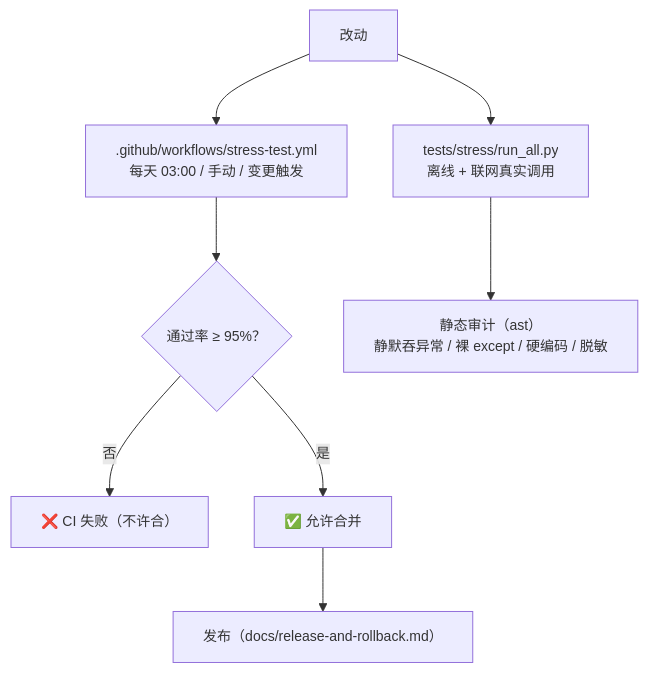
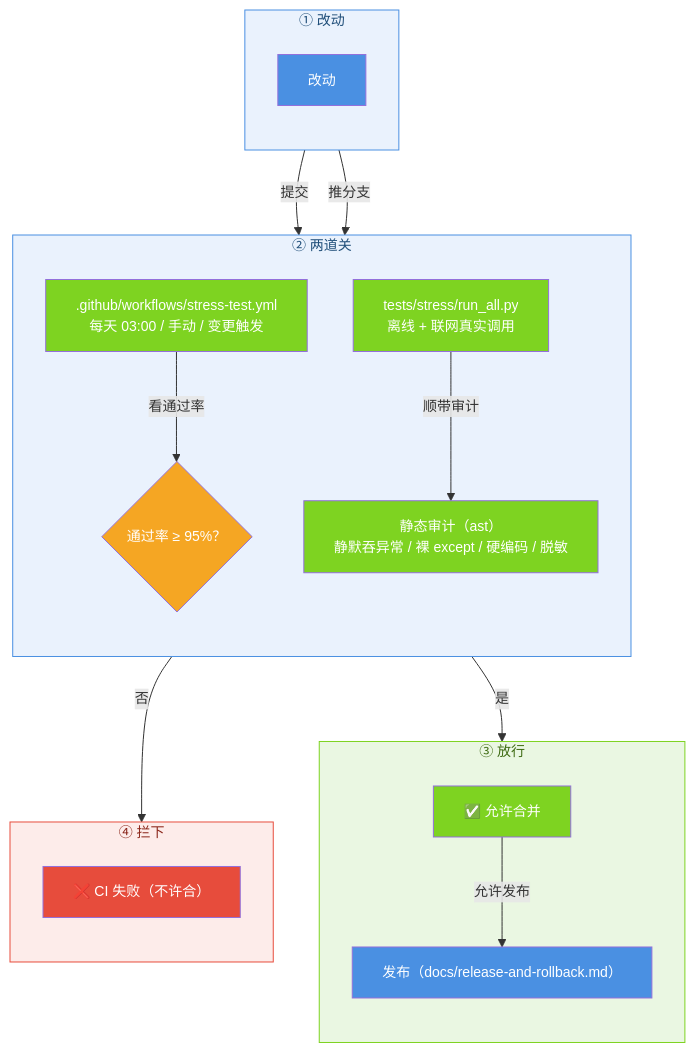
Before and after one commit to jiangchuangege/xiaojiao-harnees: the fifth of 5 diagrams in ARCHITECTURE.md, drawn with Mermaid. The commit also changed other lines of this file and 30 other files, not shown here.

First line of the commit message:
﻿全仓 Mermaid 图统一 + 对比表与 License 修正

````diff
--- a/ARCHITECTURE.md
+++ b/ARCHITECTURE.md
@@ -226,11 +325,47 @@
 ```mermaid
-%%{init: {"themeVariables": {"fontSize": "14px"}, "flowchart": {"htmlLabels": true, "wrappingWidth": 320, "nodeSpacing": 46, "rankSpacing": 64, "useMaxWidth": true}}}%%
 flowchart TB
-    DEV["改动"] --> TESTS["tests/stress/run_all.py<br/>离线 + 联网真实调用"]
-    DEV --> CI[".github/workflows/stress-test.yml<br/>每天 03:00 / 手动 / 变更触发"]
-    CI --> GATE{"通过率 ≥ 95%？"}
-    GATE -->|否| FAIL["❌ CI 失败（不许合）"]
-    GATE -->|是| OK["✅ 允许合并"]
-    TESTS --> AUDIT["静态审计（ast）<br/>静默吞异常 / 裸 except / 硬编码 / 脱敏"]
-    OK --> REL["发布（docs/release-and-rollback.md）"]
+%%{init: {"themeVariables": {"fontSize": "14px"}, "flowchart": {"htmlLabels": true, "wrappingWidth": 340, "nodeSpacing": 46, "rankSpacing": 64, "useMaxWidth": true}}}%%
+    subgraph CHG["① 改动"]
+        direction TB
+        DEV["改动"]
+    end
+
+    subgraph GATES["② 两道关"]
+        direction TB
+        TESTS["tests/stress/run_all.py<br/>离线 + 联网真实调用"]
+        CI[".github/workflows/stress-test.yml<br/>每天 03:00 / 手动 / 变更触发"]
+        AUDIT["静态审计（ast）<br/>静默吞异常 / 裸 except / 硬编码 / 脱敏"]
+        GATE{"通过率 ≥ 95%？"}
+    end
+
+    subgraph PASSG["③ 放行"]
+        direction TB
+        OK["✅ 允许合并"]
+        REL["发布（docs/release-and-rollback.md）"]
+    end
+
+    subgraph STOPG["④ 拦下"]
+        direction TB
+        FAIL["❌ CI 失败（不许合）"]
+    end
+
+    DEV -->|"提交"| TESTS
+    DEV -->|"推分支"| CI
+    CI -->|"看通过率"| GATE
+    GATE -->|"否"| FAIL
+    GATE -->|"是"| OK
+    TESTS -->|"顺带审计"| AUDIT
+    OK -->|"允许发布"| REL
+    style CHG fill:#EAF2FD,stroke:#4A90E2,color:#1F4E79
+    style GATES fill:#EAF2FD,stroke:#4A90E2,color:#1F4E79
+    style PASSG fill:#EAF7E2,stroke:#7ED321,color:#3E6B12
+    style STOPG fill:#FDECEA,stroke:#E74C3C,color:#8A2418
+    style DEV fill:#4A90E2,color:#fff
+    style TESTS fill:#7ED321,color:#fff
+    style CI fill:#7ED321,color:#fff
+    style AUDIT fill:#7ED321,color:#fff
+    style GATE fill:#F5A623,color:#fff
+    style OK fill:#7ED321,color:#fff
+    style REL fill:#4A90E2,color:#fff
+    style FAIL fill:#E74C3C,color:#fff
 ```
````
